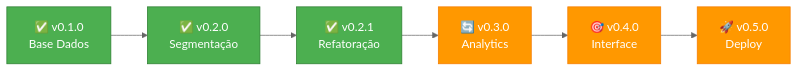
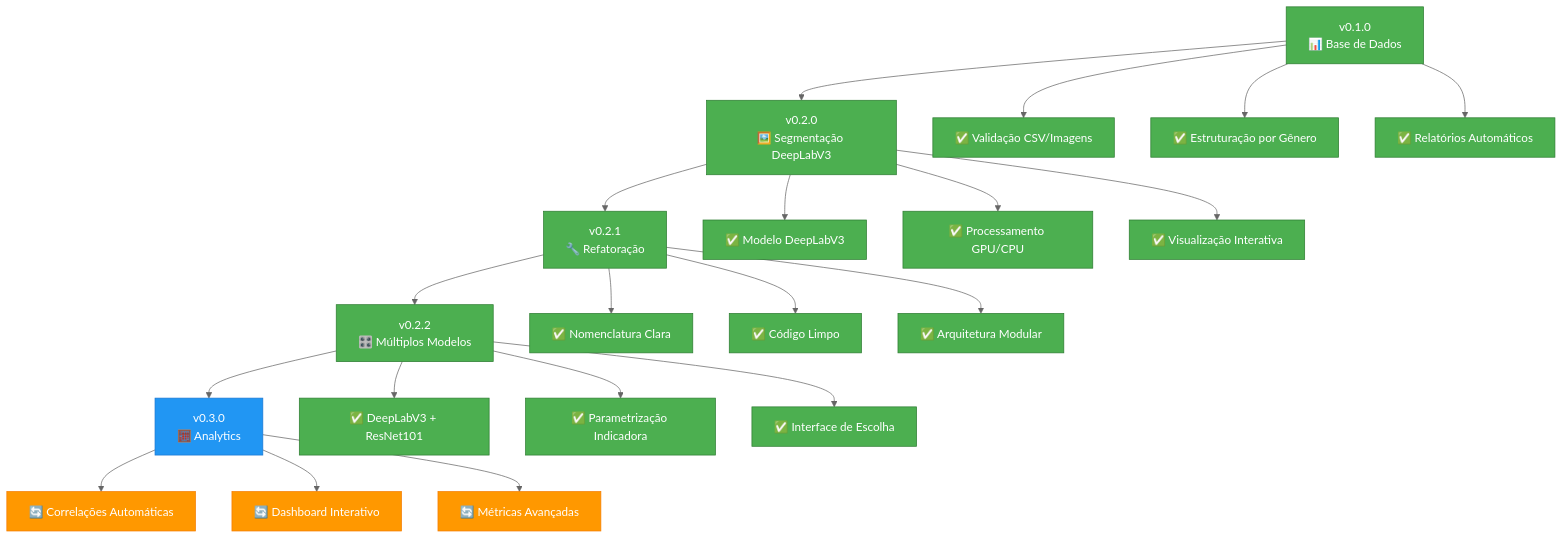
The first of 4 diagrams in README.md (danilorigitano/DesafioInovia-dev), drawn with Mermaid (neutral theme) before and after one commit. The commit also changed other lines of this file and 9 other files, not shown here.

````diff
--- a/README.md
+++ b/README.md
@@ -213,14 +10,35 @@
 ```mermaid
-graph LR
-    A["✅ v0.1.0<br/>Base Dados"] --> B["✅ v0.2.0<br/>Segmentação"]
-    B --> C["✅ v0.2.1<br/>Refatoração"]
-    C --> D["🔄 v0.3.0<br/>Analytics"]
-    D --> E["🎯 v0.4.0<br/>Interface"]
-    E --> F["🚀 v0.5.0<br/>Deploy"]
+graph TD
+    A["v0.1.0<br/>📊 Base de Dados"] --> B["v0.2.0<br/>🖼️ Segmentação DeepLabV3"]
+    B --> C["v0.2.1<br/>🔧 Refatoração"]
+    C --> D["v0.2.2<br/>🎛️ Múltiplos Modelos"]
+    D --> E["v0.3.0<br/>🧮 Analytics"]
     
-    classDef done fill:#4CAF50,stroke:#2E7D32,color:#fff
-    classDef next fill:#FF9800,stroke:#F57C00,color:#fff
+    A --> A1["✅ Validação CSV/Imagens"]
+    A --> A2["✅ Estruturação por Gênero"]
+    A --> A3["✅ Relatórios Automáticos"]
     
-    class A,B,C done
-    class D,E,F next
+    B --> B1["✅ Modelo DeepLabV3"]
+    B --> B2["✅ Processamento GPU/CPU"]
+    B --> B3["✅ Visualização Interativa"]
+    
+    C --> C1["✅ Nomenclatura Clara"]
+    C --> C2["✅ Código Limpo"]
+    C --> C3["✅ Arquitetura Modular"]
+    
+    D --> D1["✅ DeepLabV3 + ResNet101"]
+    D --> D2["✅ Parametrização Indicadora"]
+    D --> D3["✅ Interface de Escolha"]
+    
+    E --> E1["🔄 Correlações Automáticas"]
+    E --> E2["🔄 Dashboard Interativo"]
+    E --> E3["🔄 Métricas Avançadas"]
+    
+    classDef implemented fill:#4CAF50,stroke:#2E7D32,color:#fff
+    classDef current fill:#2196F3,stroke:#1976D2,color:#fff
+    classDef future fill:#FF9800,stroke:#F57C00,color:#fff
+    
+    class A,B,C,D,A1,A2,A3,B1,B2,B3,C1,C2,C3,D1,D2,D3 implemented
+    class E current
+    class E1,E2,E3 future
 ```
````
